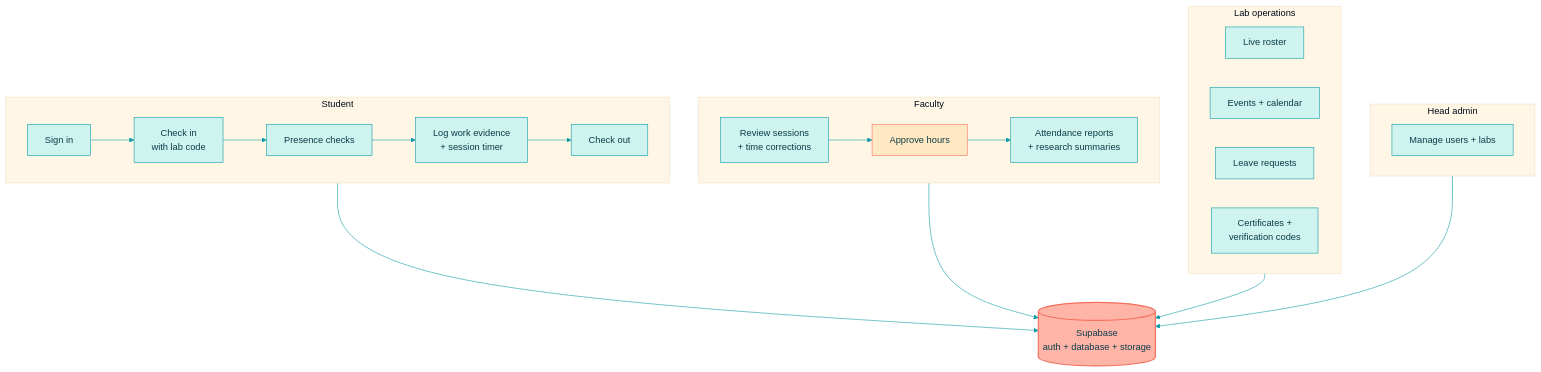
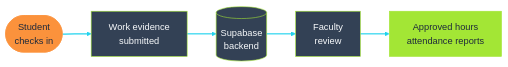
Before and after one commit to khushi-070906/khushi-070906: the first of 3 diagrams in README.md, drawn with Mermaid. The commit also changed other lines of this file and 11 other files, not shown here.

````diff
--- a/README.md
+++ b/README.md
@@ -51,29 +31,8 @@
 ```mermaid
-%%{init: {'theme':'base','themeVariables':{'primaryColor':'#CFF3EE','primaryTextColor':'#0B3C49','primaryBorderColor':'#0E9AA7','lineColor':'#0E9AA7','secondaryColor':'#FFE8C2','tertiaryColor':'#FFF6E5','fontFamily':'monospace'}}}%%
-flowchart TB
-    subgraph STU["Student"]
-        direction LR
-        s1["Sign in"] --> s2["Check in<br/>with lab code"] --> s3["Presence checks"] --> s4["Log work evidence<br/>+ session timer"] --> s5["Check out"]
-    end
-    subgraph FAC["Faculty"]
-        direction LR
-        f1["Review sessions<br/>+ time corrections"] --> f2["Approve hours"] --> f3["Attendance reports<br/>+ research summaries"]
-    end
-    subgraph OPS["Lab operations"]
-        direction LR
-        o1["Live roster"]
-        o2["Events + calendar"]
-        o3["Leave requests"]
-        o4["Certificates +<br/>verification codes"]
-    end
-    subgraph ADM["Head admin"]
-        a1["Manage users + labs"]
-    end
-    STU --> DB
-    FAC --> DB
-    OPS --> DB
-    ADM --> DB
-    DB[("Supabase<br/>auth + database + storage")]
-    style DB fill:#FFB4A8,stroke:#F2705E,color:#0B3C49,stroke-width:2px
-    style f2 fill:#FFE8C2,stroke:#F2705E,color:#0B3C49
+%%{init: {'theme':'base','themeVariables':{'primaryColor':'#334155','primaryTextColor':'#F8FAFC','primaryBorderColor':'#A3E635','lineColor':'#22D3EE','fontFamily':'monospace'}}}%%
+flowchart LR
+    A(["Student<br/>checks in"]) --> B["Work evidence<br/>submitted"] --> C[("Supabase<br/>backend")] --> D["Faculty<br/>review"] --> E["Approved hours<br/>attendance reports"]
+    linkStyle default stroke:#22D3EE,stroke-width:2px
+    style A fill:#FB923C,stroke:#FB923C,color:#1E293B
+    style E fill:#A3E635,stroke:#A3E635,color:#1E293B
 ```
````
